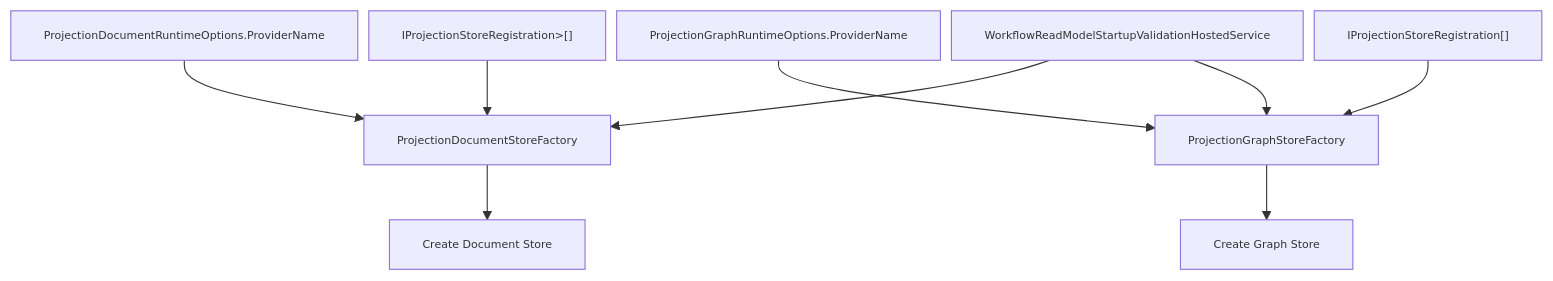
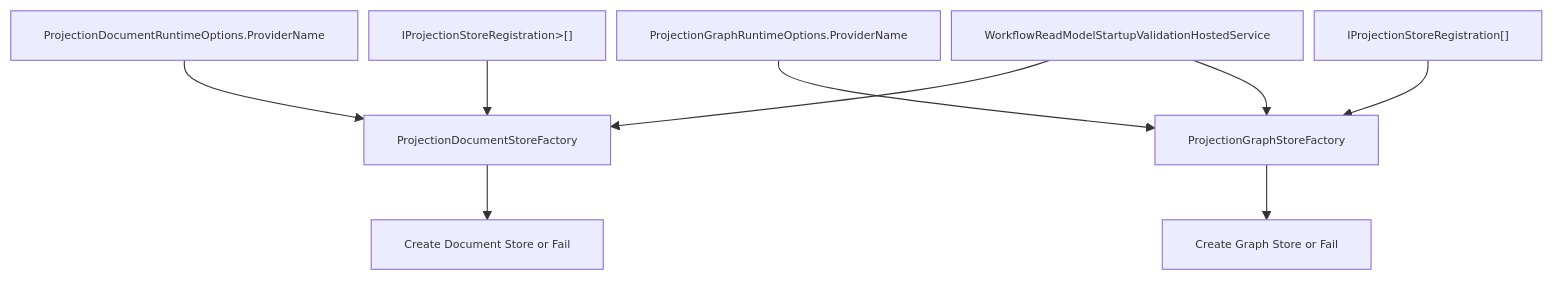
One commit to aevatarAI/aevatar changed the third of 3 diagrams in docs/architecture/projection-readmodel-full-refactor-plan-2026-02-24.md. Above: the diagram before and after it, drawn with Mermaid. The commit also changed other lines of this file and 9 other files, not shown here.

First line of the commit message:
Refactor Neo4j Provider and Update Projection ReadModel Documentation

````diff
--- a/docs/architecture/projection-readmodel-full-refactor-plan-2026-02-24.md
+++ b/docs/architecture/projection-readmodel-full-refactor-plan-2026-02-24.md
@@ -47,15 +56,15 @@
 ```mermaid
 %%{init: {"maxTextSize": 100000, "flowchart": {"useMaxWidth": false, "nodeSpacing": 10, "rankSpacing": 50}, "themeVariables": {"fontSize": "10px"}}}%%
 flowchart TB
-    CFG_DOC["ProjectionDocumentRuntimeOptions.ProviderName"] --> DOC_FACTORY["ProjectionDocumentStoreFactory"]
-    CFG_GRA["ProjectionGraphRuntimeOptions.ProviderName"] --> GRA_FACTORY["ProjectionGraphStoreFactory"]
+    A["ProjectionDocumentRuntimeOptions.ProviderName"] --> C["ProjectionDocumentStoreFactory"]
+    B["ProjectionGraphRuntimeOptions.ProviderName"] --> D["ProjectionGraphStoreFactory"]
 
-    REG_DOC["IProjectionStoreRegistration<IDocumentProjectionStore<,>>[]"] --> DOC_FACTORY
-    REG_GRA["IProjectionStoreRegistration<IProjectionGraphStore>[]"] --> GRA_FACTORY
+    E["IProjectionStoreRegistration<IDocumentProjectionStore<,>>[]"] --> C
+    F["IProjectionStoreRegistration<IProjectionGraphStore>[]"] --> D
 
-    DOC_FACTORY --> DOC_CREATED["Create Document Store"]
-    GRA_FACTORY --> GRA_CREATED["Create Graph Store"]
+    C --> G["Create Document Store or Fail"]
+    D --> H["Create Graph Store or Fail"]
 
-    STARTUP["WorkflowReadModelStartupValidationHostedService"] --> DOC_FACTORY
-    STARTUP --> GRA_FACTORY
+    I["WorkflowReadModelStartupValidationHostedService"] --> C
+    I --> D
 ```
````
